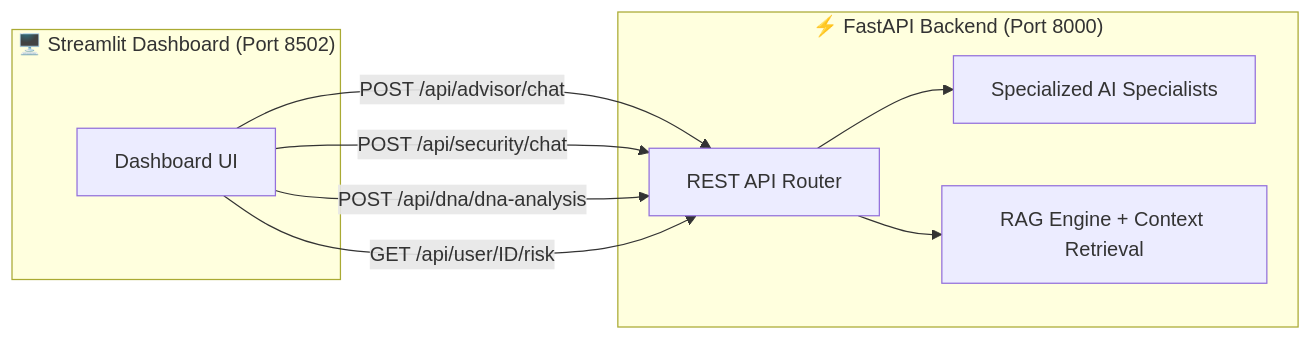
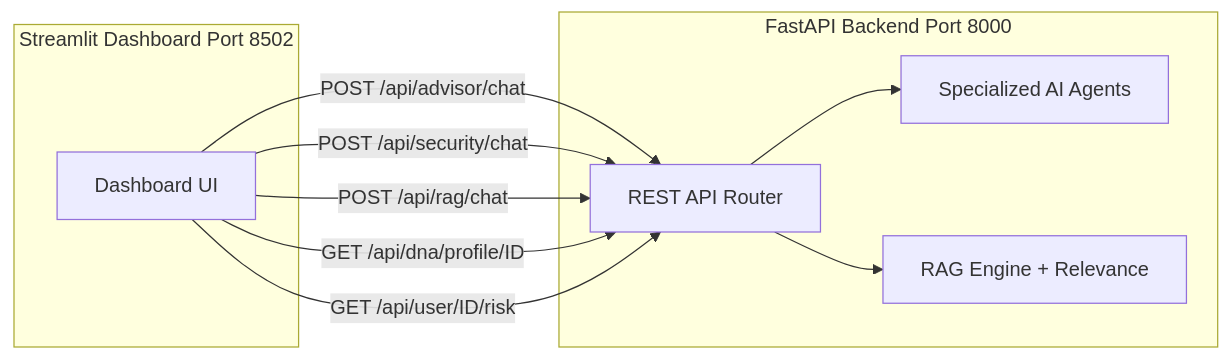
The fourth of 4 diagrams in README.md (ladkrutarth/Hands-On-Week-4), drawn with Mermaid before and after one commit. The commit also changed other lines of this file and 85 other files, not shown here.

````diff
--- a/README.md
+++ b/README.md
@@ -275,19 +286,20 @@
 ```mermaid
 graph LR
-    subgraph Frontend ["🖥️ Streamlit Dashboard (Port 8502)"]
+    subgraph Frontend [Streamlit Dashboard Port 8502]
         UI[Dashboard UI]
     end
 
-    subgraph Backend ["⚡ FastAPI Backend (Port 8000)"]
+    subgraph Backend [FastAPI Backend Port 8000]
         API[REST API Router]
-        Agent[Specialized AI Specialists]
-        RAG[RAG Engine + Context Retrieval]
+        Agent[Specialized AI Agents]
+        RAG[RAG Engine + Relevance]
     end
 
     UI -->|POST /api/advisor/chat| API
     UI -->|POST /api/security/chat| API
-    UI -->|POST /api/dna/dna-analysis| API
+    UI -->|POST /api/rag/chat| API
+    UI -->|GET /api/dna/profile/ID| API
     UI -->|GET /api/user/ID/risk| API
     API --> Agent
     API --> RAG
 ```
````
